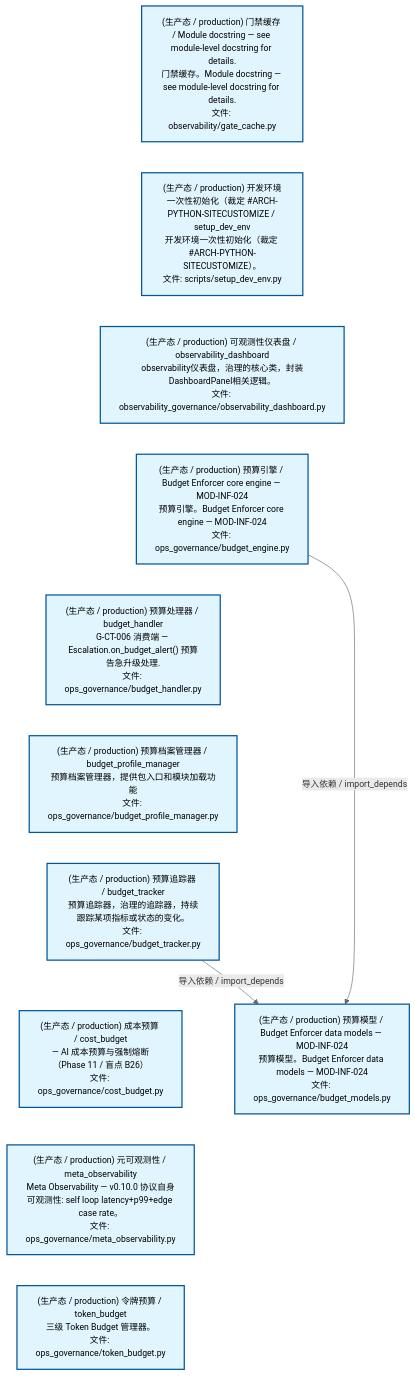
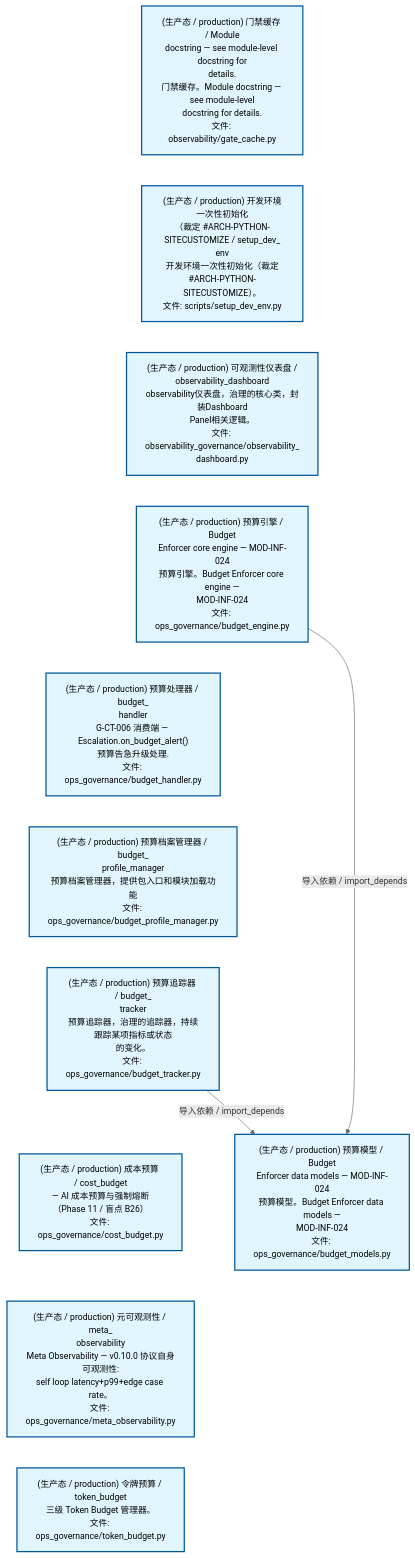
One commit to xuanFelixVan/ZephyrAlpha changed the second of 3 diagrams in docs/02_enterprise_architecture/02_domain_architecture_docs/24_d_ops.md. Above: the diagram before and after it, drawn with Mermaid. The commit also changed other lines of this file and 61 other files, not shown here.

````diff
--- a/docs/02_enterprise_architecture/02_domain_architecture_docs/24_d_ops.md
+++ b/docs/02_enterprise_architecture/02_domain_architecture_docs/24_d_ops.md
@@ -125,31 +125,31 @@
 ```mermaid
 %%{init: {'theme': 'base', 'themeVariables': {'primaryColor': '#eaeaea', 'primaryTextColor': '#333333', 'primaryBorderColor': '#666666', 'lineColor': '#666666', 'secondaryColor': '#eaeaea', 'tertiaryColor': '#eaeaea', 'fontSize': '14px'}}}%%
 flowchart TD
-    scripts_governance_observability_gate_cache_py["(生产态 / production) 门禁缓存 / Module docstring — see module-level docstring for details.<br/>门禁缓存。Module docstring — see module-level docstring for details.<br/>文件: observability/gate_cache.py"]
-    scripts_setup_dev_env_py["(生产态 / production) 开发环境一次性初始化（裁定 #ARCH-PYTHON-SITECUSTOMIZE / setup_dev_env<br/>开发环境一次性初始化（裁定 #ARCH-PYTHON-SITECUSTOMIZE）。<br/>文件: scripts/setup_dev_env.py"]
-    src_zephyr_governance_observability_governance_observability_dashboard_py["(生产态 / production) 可观测性仪表盘 / observability_dashboard<br/>observability仪表盘，治理的核心类，封装DashboardPanel相关逻辑。<br/>文件: observability_governance/observability_dashboard.py"]
-    src_zephyr_governance_ops_governance_budget_engine_py["(生产态 / production) 预算引擎 / Budget Enforcer core engine — MOD-INF-024<br/>预算引擎。Budget Enforcer core engine — MOD-INF-024<br/>文件: ops_governance/budget_engine.py"]
-    src_zephyr_governance_ops_governance_budget_handler_py["(生产态 / production) 预算处理器 / budget_handler<br/>G-CT-006 消费端 — Escalation.on_budget_alert() 预算告急升级处理.<br/>文件: ops_governance/budget_handler.py"]
-    src_zephyr_governance_ops_governance_budget_profile_manager_py["(生产态 / production) 预算档案管理器 / budget_profile_manager<br/>预算档案管理器，提供包入口和模块加载功能<br/>文件: ops_governance/budget_profile_manager.py"]
-    src_zephyr_governance_ops_governance_budget_tracker_py["(生产态 / production) 预算追踪器 / budget_tracker<br/>预算追踪器，治理的追踪器，持续跟踪某项指标或状态的变化。<br/>文件: ops_governance/budget_tracker.py"]
+    scripts_governance_observability_gate_cache_py["(生产态 / production) 门禁缓存 / Module<br/>docstring — see module-level docstring for<br/>details.<br/>门禁缓存。Module docstring — see module-level<br/>docstring for details.<br/>文件: observability/gate_cache.py"]
+    scripts_setup_dev_env_py["(生产态 / production) 开发环境一次性初始化<br/>（裁定 #ARCH-PYTHON-SITECUSTOMIZE / setup_dev_<br/>env<br/>开发环境一次性初始化（裁定<br/>#ARCH-PYTHON-SITECUSTOMIZE）。<br/>文件: scripts/setup_dev_env.py"]
+    src_zephyr_governance_observability_governance_observability_dashboard_py["(生产态 / production) 可观测性仪表盘 /<br/>observability_dashboard<br/>observability仪表盘，治理的核心类，封装Dashboard<br/>Panel相关逻辑。<br/>文件: observability_governance/observability_<br/>dashboard.py"]
+    src_zephyr_governance_ops_governance_budget_engine_py["(生产态 / production) 预算引擎 / Budget<br/>Enforcer core engine — MOD-INF-024<br/>预算引擎。Budget Enforcer core engine —<br/>MOD-INF-024<br/>文件: ops_governance/budget_engine.py"]
+    src_zephyr_governance_ops_governance_budget_handler_py["(生产态 / production) 预算处理器 / budget_<br/>handler<br/>G-CT-006 消费端 — Escalation.on_budget_alert()<br/>预算告急升级处理.<br/>文件: ops_governance/budget_handler.py"]
+    src_zephyr_governance_ops_governance_budget_profile_manager_py["(生产态 / production) 预算档案管理器 / budget_<br/>profile_manager<br/>预算档案管理器，提供包入口和模块加载功能<br/>文件: ops_governance/budget_profile_manager.py"]
+    src_zephyr_governance_ops_governance_budget_tracker_py["(生产态 / production) 预算追踪器 / budget_<br/>tracker<br/>预算追踪器，治理的追踪器，持续跟踪某项指标或状态<br/>的变化。<br/>文件: ops_governance/budget_tracker.py"]
     src_zephyr_governance_ops_governance_cost_budget_py["(生产态 / production) 成本预算 / cost_budget<br/>— AI 成本预算与强制熔断（Phase 11 / 盲点 B26）<br/>文件: ops_governance/cost_budget.py"]
-    src_zephyr_governance_ops_governance_meta_observability_py["(生产态 / production) 元可观测性 / meta_observability<br/>Meta Observability — v0.10.0 协议自身可观测性: self loop latency+p99+edge case rate。<br/>文件: ops_governance/meta_observability.py"]
+    src_zephyr_governance_ops_governance_meta_observability_py["(生产态 / production) 元可观测性 / meta_<br/>observability<br/>Meta Observability — v0.10.0 协议自身可观测性:<br/>self loop latency+p99+edge case rate。<br/>文件: ops_governance/meta_observability.py"]
     src_zephyr_governance_ops_governance_token_budget_py["(生产态 / production) 令牌预算 / token_budget<br/>三级 Token Budget 管理器。<br/>文件: ops_governance/token_budget.py"]
     scripts_governance_observability_gate_cache_py ~~~ scripts_setup_dev_env_py
     scripts_setup_dev_env_py ~~~ src_zephyr_governance_observability_governance_observability_dashboard_py
     src_zephyr_governance_observability_governance_observability_dashboard_py ~~~ src_zephyr_governance_ops_governance_budget_engine_py
     src_zephyr_governance_ops_governance_budget_engine_py ~~~ src_zephyr_governance_ops_governance_budget_handler_py
     src_zephyr_governance_ops_governance_budget_handler_py ~~~ src_zephyr_governance_ops_governance_budget_profile_manager_py
     src_zephyr_governance_ops_governance_budget_profile_manager_py ~~~ src_zephyr_governance_ops_governance_budget_tracker_py
     src_zephyr_governance_ops_governance_budget_tracker_py ~~~ src_zephyr_governance_ops_governance_cost_budget_py
     src_zephyr_governance_ops_governance_cost_budget_py ~~~ src_zephyr_governance_ops_governance_meta_observability_py
     src_zephyr_governance_ops_governance_meta_observability_py ~~~ src_zephyr_governance_ops_governance_token_budget_py
-    src_zephyr_governance_ops_governance_budget_models_py["(生产态 / production) 预算模型 / Budget Enforcer data models — MOD-INF-024<br/>预算模型。Budget Enforcer data models — MOD-INF-024<br/>文件: ops_governance/budget_models.py"]
+    src_zephyr_governance_ops_governance_budget_models_py["(生产态 / production) 预算模型 / Budget<br/>Enforcer data models — MOD-INF-024<br/>预算模型。Budget Enforcer data models —<br/>MOD-INF-024<br/>文件: ops_governance/budget_models.py"]
     src_zephyr_governance_ops_governance_budget_engine_py -->|导入依赖 / import_depends| src_zephyr_governance_ops_governance_budget_models_py
     src_zephyr_governance_ops_governance_budget_tracker_py -->|导入依赖 / import_depends| src_zephyr_governance_ops_governance_budget_models_py
     classDef production fill:#e1f5fe,stroke:#01579b,stroke-width:2px,color:#000
     classDef design fill:#fff3e0,stroke:#e65100,stroke-width:2px,color:#000,stroke-dasharray: 5 5
     classDef external_prod fill:#e8f4fd,stroke:#0277bd,stroke-width:1px,color:#000
     classDef external_design fill:#fff8e7,stroke:#ef6c00,stroke-width:1px,color:#000,stroke-dasharray: 5 5
     class scripts_governance_observability_gate_cache_py,scripts_setup_dev_env_py,src_zephyr_governance_observability_governance_observability_dashboard_py,src_zephyr_governance_ops_governance_budget_engine_py,src_zephyr_governance_ops_governance_budget_handler_py,src_zephyr_governance_ops_governance_budget_models_py,src_zephyr_governance_ops_governance_budget_profile_manager_py,src_zephyr_governance_ops_governance_budget_tracker_py,src_zephyr_governance_ops_governance_cost_budget_py,src_zephyr_governance_ops_governance_meta_observability_py,src_zephyr_governance_ops_governance_token_budget_py production
 ```
````
